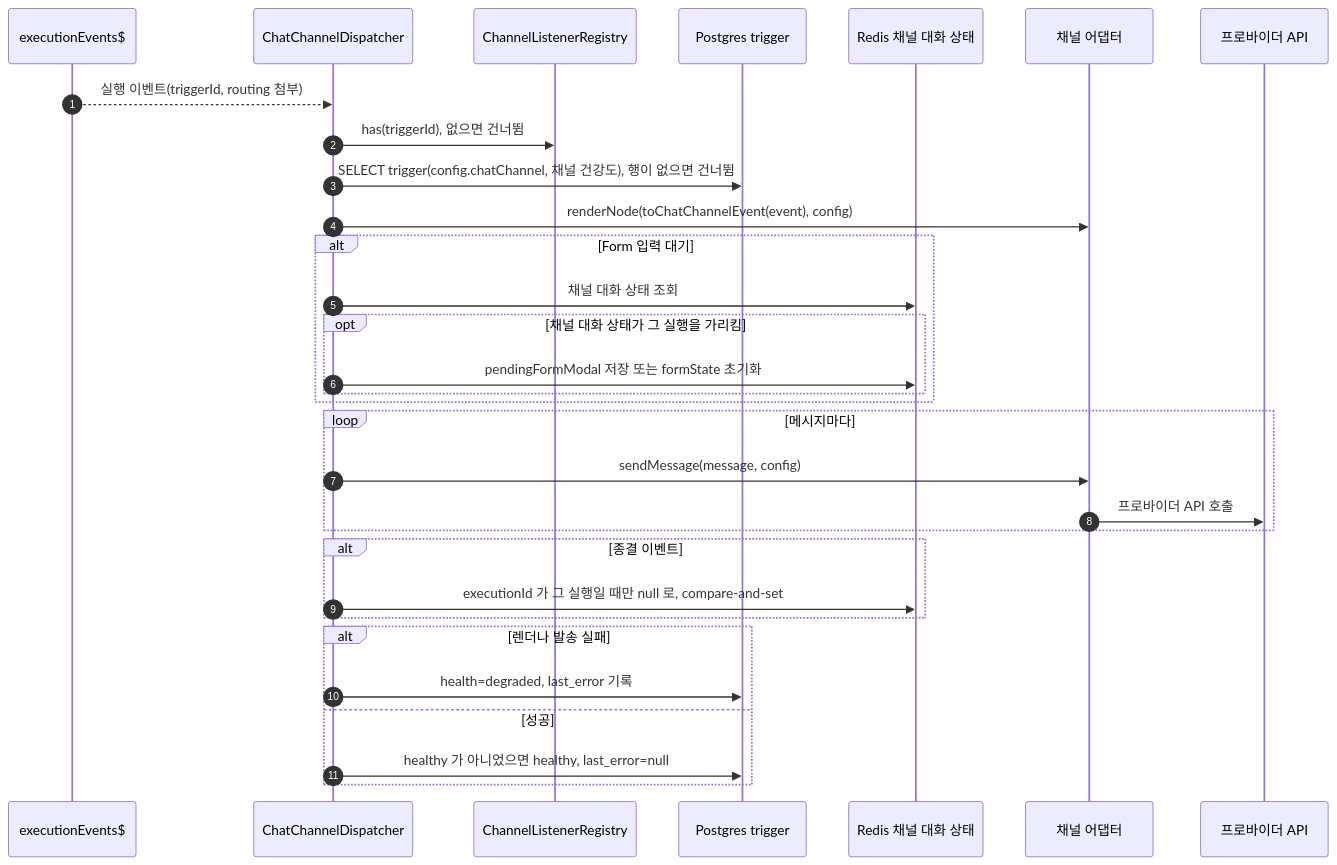
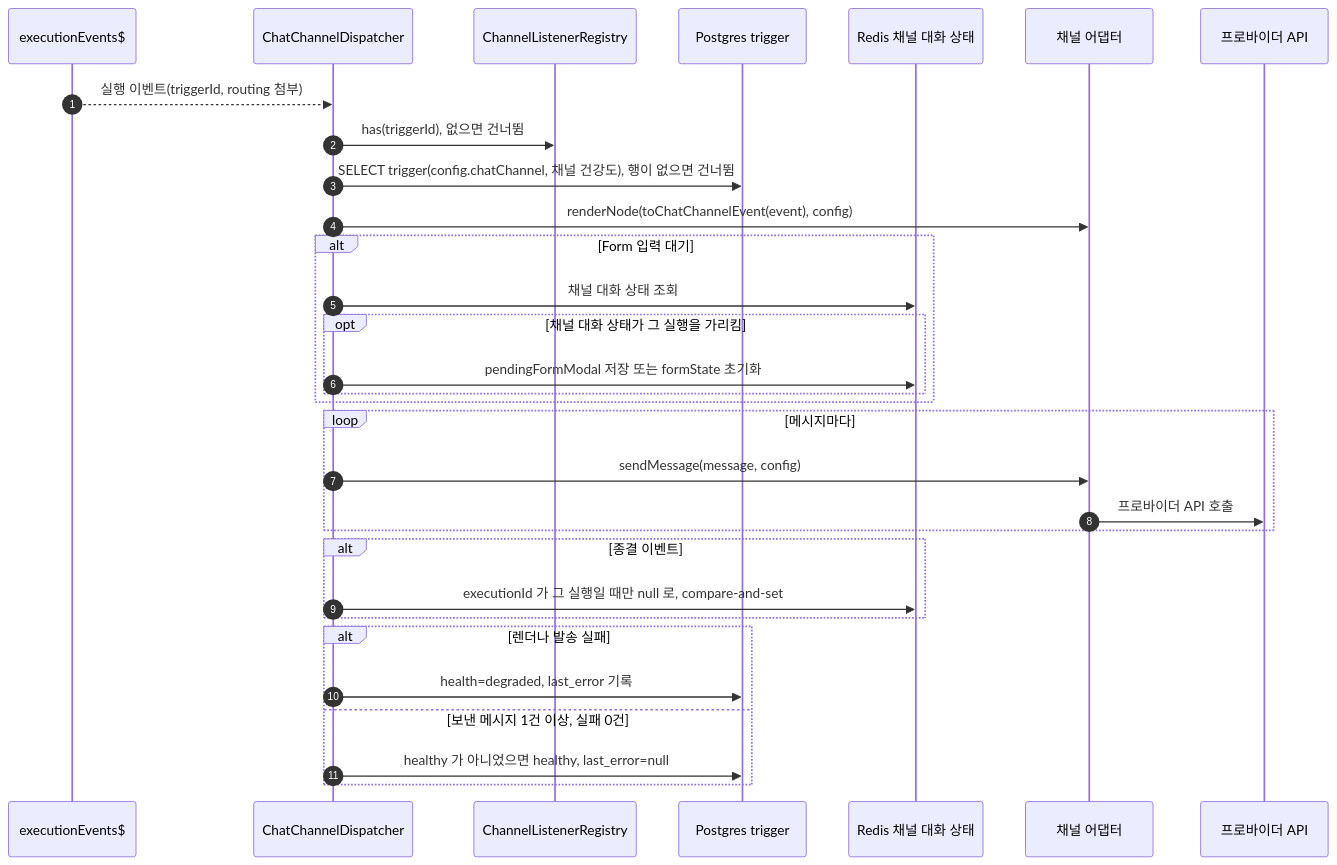
Before and after one commit to worker-ants/clemvion: the second of 2 diagrams in spec/CLE-CHAT/CLE-CHAT-DATA-FLOW.md, drawn with Mermaid. The commit also changed other lines of this file and 5 other files, not shown here.

````diff
--- a/spec/CLE-CHAT/CLE-CHAT-DATA-FLOW.md
+++ b/spec/CLE-CHAT/CLE-CHAT-DATA-FLOW.md
@@ -144,33 +144,33 @@
 ```mermaid
 sequenceDiagram
   autonumber
   participant WS as executionEvents$
   participant D as ChatChannelDispatcher
   participant Reg as ChannelListenerRegistry
   participant PG as Postgres trigger
   participant R as Redis 채널 대화 상태
   participant Ad as 채널 어댑터
   participant Ext as 프로바이더 API
   WS-->>D: 실행 이벤트(triggerId, routing 첨부)
   D->>Reg: has(triggerId), 없으면 건너뜀
   D->>PG: SELECT trigger(config.chatChannel, 채널 건강도), 행이 없으면 건너뜀
   D->>Ad: renderNode(toChatChannelEvent(event), config)
   alt Form 입력 대기
     D->>R: 채널 대화 상태 조회
     opt 채널 대화 상태가 그 실행을 가리킴
       D->>R: pendingFormModal 저장 또는 formState 초기화
     end
   end
   loop 메시지마다
     D->>Ad: sendMessage(message, config)
     Ad->>Ext: 프로바이더 API 호출
   end
   alt 종결 이벤트
     D->>R: executionId 가 그 실행일 때만 null 로, compare-and-set
   end
   alt 렌더나 발송 실패
     D->>PG: health=degraded, last_error 기록
-  else 성공
+  else 보낸 메시지 1건 이상, 실패 0건
     D->>PG: healthy 가 아니었으면 healthy, last_error=null
   end
 ```
````
